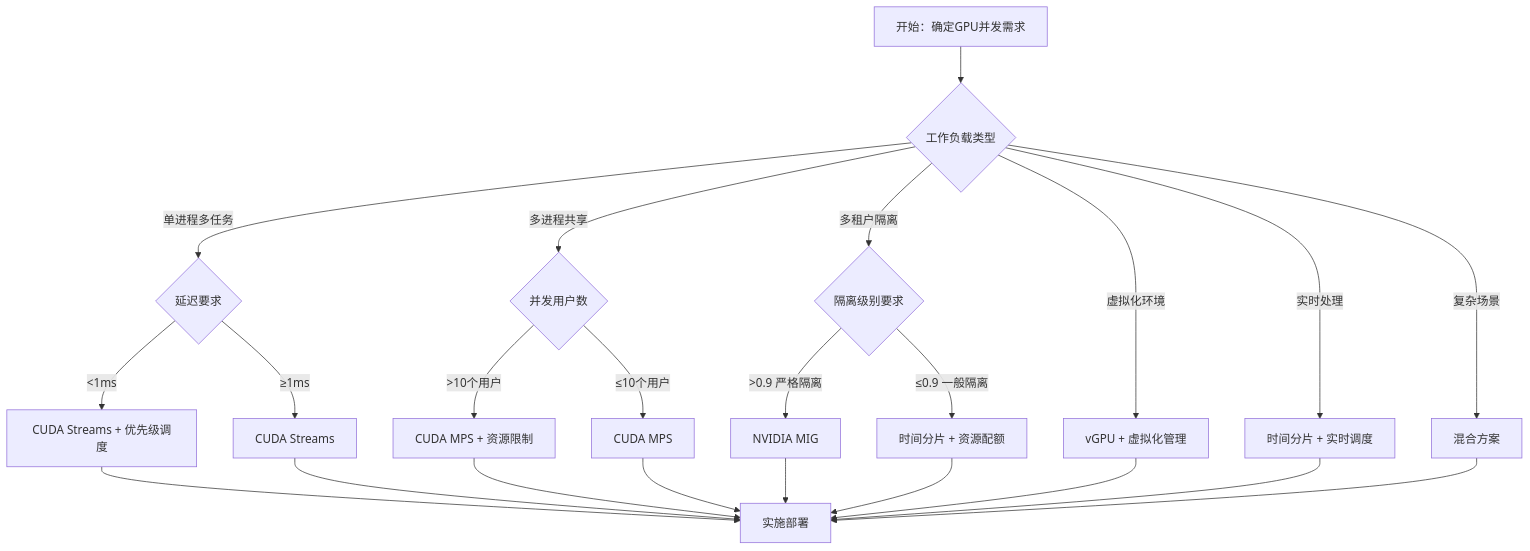
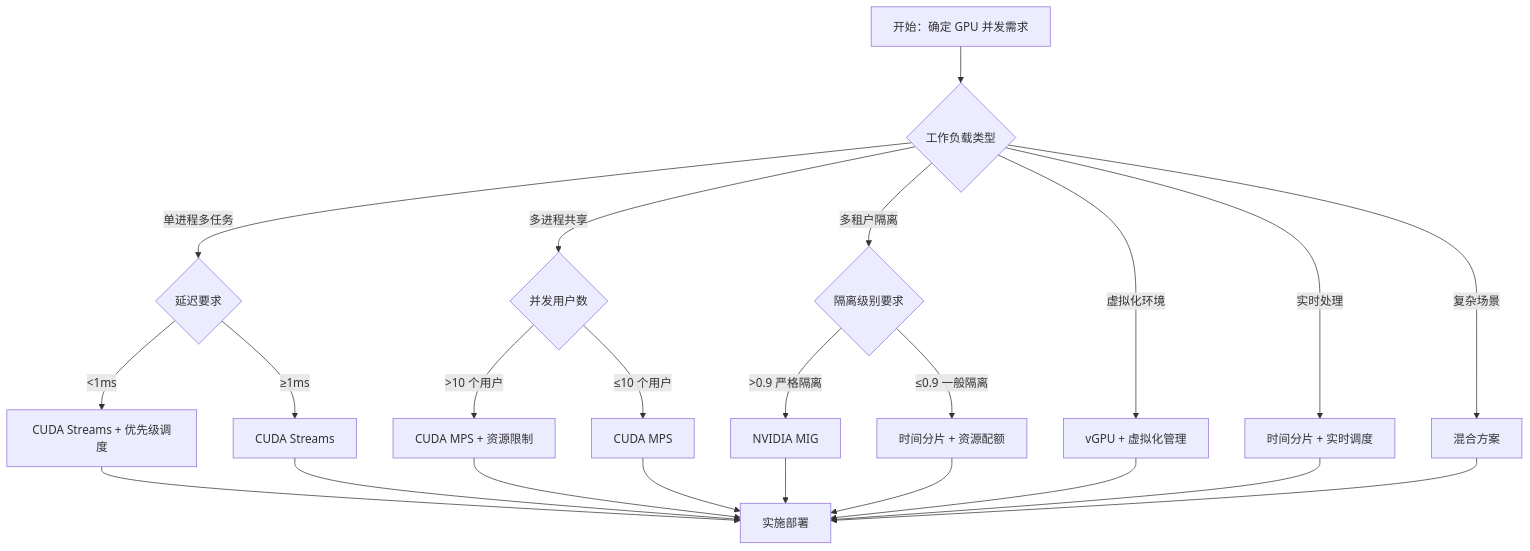
Before and after one commit to ForceInjection/AI-fundamentals: the third of 3 diagrams in gpu_manager/第一部分：基础理论篇.md, drawn with Mermaid. The commit also changed other lines of this file and 4 other files, not shown here.

````diff
--- a/gpu_manager/第一部分：基础理论篇.md
+++ b/gpu_manager/第一部分：基础理论篇.md
@@ -1170,30 +1229,30 @@
 ```mermaid
 flowchart TD
-    A[开始：确定GPU并发需求] --> B{工作负载类型}
+    A[开始：确定 GPU 并发需求] --> B{工作负载类型}
     
     B -->|单进程多任务| C{延迟要求}
     C -->|<1ms| D[CUDA Streams + 优先级调度]
     C -->|≥1ms| E[CUDA Streams]
     
     B -->|多进程共享| F{并发用户数}
-    F -->|>10个用户| G[CUDA MPS + 资源限制]
-    F -->|≤10个用户| H[CUDA MPS]
+    F -->|>10 个用户| G[CUDA MPS + 资源限制]
+    F -->|≤10 个用户| H[CUDA MPS]
     
     B -->|多租户隔离| I{隔离级别要求}
     I -->|>0.9 严格隔离| J[NVIDIA MIG]
     I -->|≤0.9 一般隔离| K[时间分片 + 资源配额]
     
     B -->|虚拟化环境| L[vGPU + 虚拟化管理]
     B -->|实时处理| M[时间分片 + 实时调度]
     B -->|复杂场景| N[混合方案]
     
     D --> O[实施部署]
     E --> O
     G --> O
     H --> O
     J --> O
     K --> O
     L --> O
     M --> O
     N --> O
 ```
````
